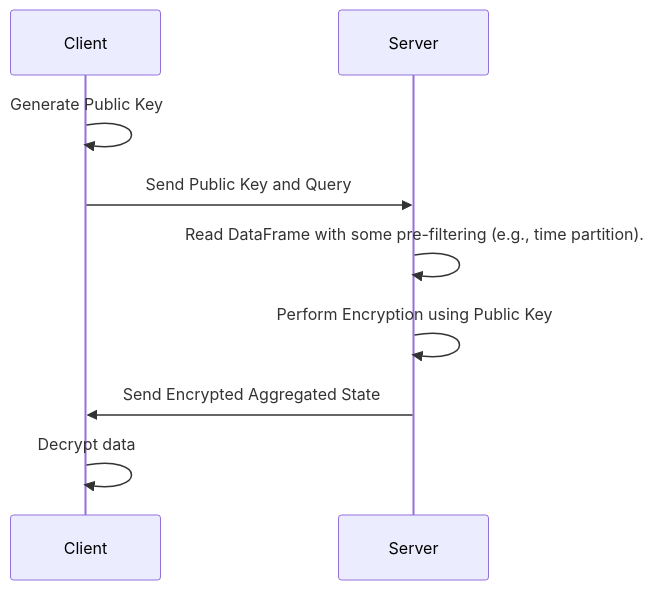
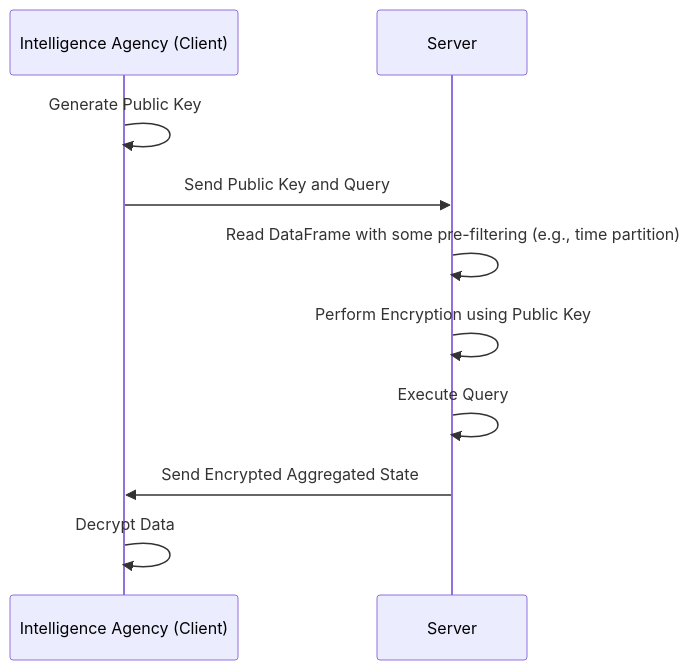
One commit to kyrre/iocz changed the second of 2 diagrams in README.md. Above: the diagram before and after it, drawn with Mermaid. The commit also changed other lines of this file, not shown here.

````diff
--- a/README.md
+++ b/README.md
@@ -98,14 +93,13 @@
 ```mermaid
-
 sequenceDiagram
-    participant Client
+    participant Agency as Intelligence Agency (Client)
     participant Server
 
-    Client->>Client: Generate Public Key
-    Client->>Server: Send Public Key and Query
-    Server->>Server: Read DataFrame with some pre-filtering (e.g., time partition).
+    Agency->>Agency: Generate Public Key
+    Agency->>Server: Send Public Key and Query
+    Server->>Server: Read DataFrame with some pre-filtering (e.g., time partition)
     Server->>Server: Perform Encryption using Public Key
-    Server->>Client: Send Encrypted Aggregated State
-    Client->>Client: Decrypt data
-
+    Server->>Server: Execute Query
+    Server->>Agency: Send Encrypted Aggregated State
+    Agency->>Agency: Decrypt Data
 ```
````
